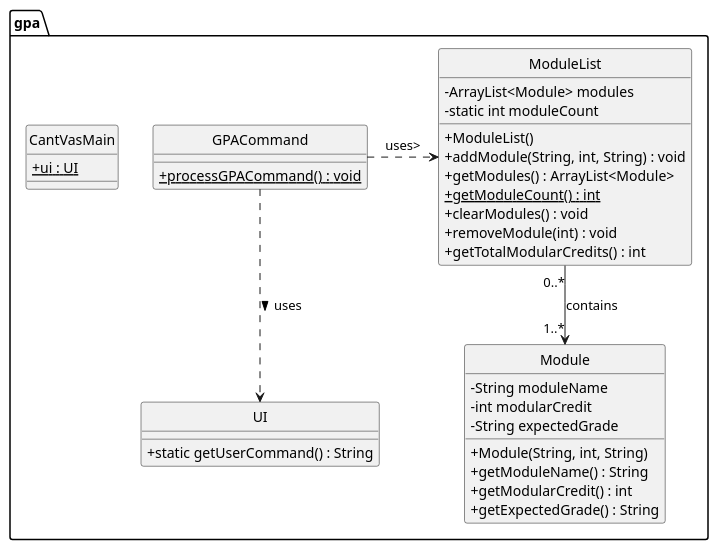
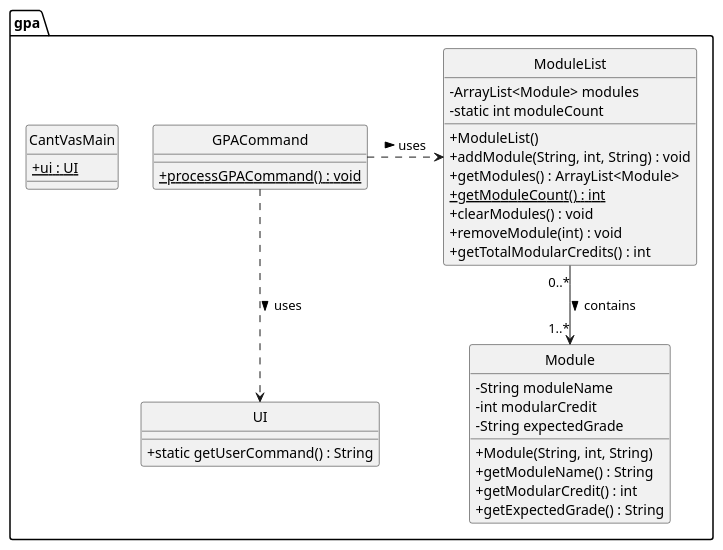
The diagram in docs/diagrams/classdiagram/GPA.puml (nyh3/tp), drawn with PlantUML before and after one commit. The commit also changed 4 other files, not shown here.

Commit message:
Update diagrams

```diff
--- a/docs/diagrams/classdiagram/GPA.puml
+++ b/docs/diagrams/classdiagram/GPA.puml
@@ -1,48 +1,48 @@
 @startuml
 
 hide circle
 skinparam classAttributeIconSize 0
 
 package gpa {
     class GPACommand {
         + {static} processGPACommand() : void
     }
 
     class ModuleList {
         - ArrayList<Module> modules
         - static int moduleCount
 
         + ModuleList()
         + addModule(String, int, String) : void
         + getModules() : ArrayList<Module>
         + {static} getModuleCount() : int
         + clearModules() : void
         + removeModule(int) : void
         + getTotalModularCredits() : int
     }
 
     class Module {
         - String moduleName
         - int modularCredit
         - String expectedGrade
 
         + Module(String, int, String)
         + getModuleName() : String
         + getModularCredit() : int
         + getExpectedGrade() : String
     }
 
     class CantVasMain {
         + {static} ui : UI
     }
 
     class UI {
         + static getUserCommand() : String
     }
 }
 
 GPACommand .down.> UI : uses >
-GPACommand .right.> ModuleList : uses>
-ModuleList "0..*" --> "1..*" Module : contains
+GPACommand .right.> ModuleList : uses >
+ModuleList "0..*" --> "1..*" Module : contains >
 
 @enduml
```
